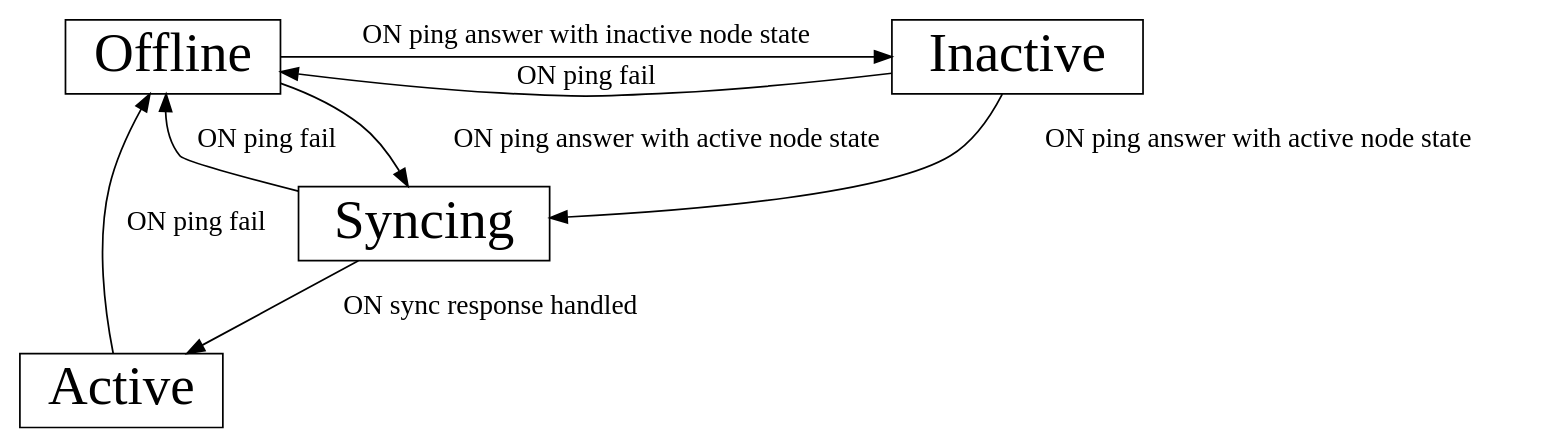
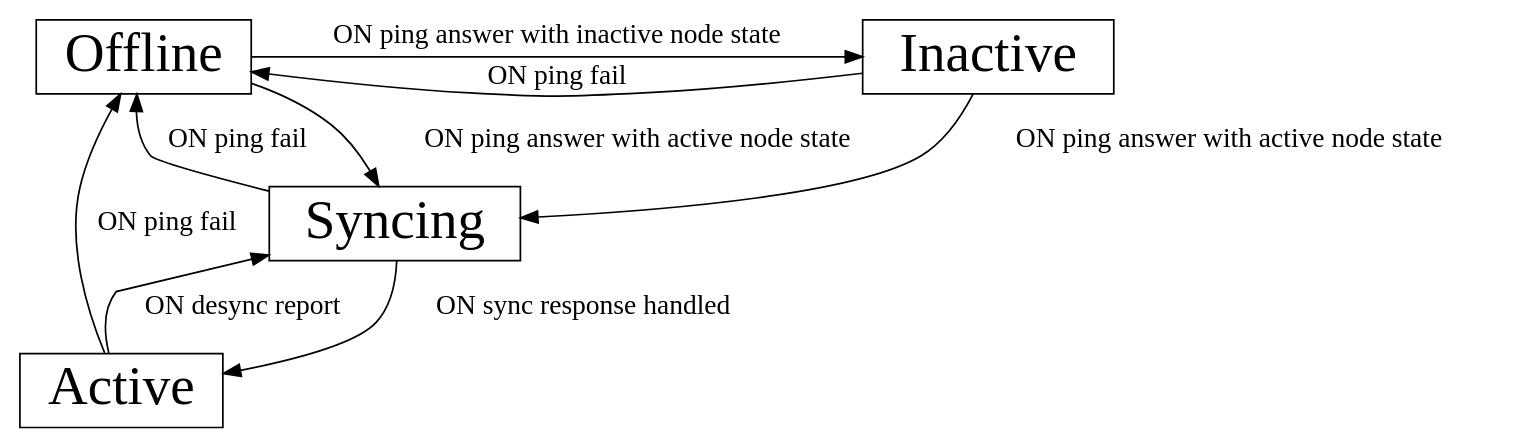
The diagram in doc/graphs/node_connection.dot (sig-net/mpc), drawn with Graphviz before and after one commit. The commit also changed 3 other files, not shown here.

First line of the commit message:
docs: record the active-to-syncing transition

```diff
--- a/doc/graphs/node_connection.dot
+++ b/doc/graphs/node_connection.dot
@@ -1,22 +1,23 @@
 // Node connectio status
 digraph {
     node [fontsize=32 shape=box]
     edge [fontsize=16]
 
     offline [label=Offline]
     inactive [label=Inactive]
     syncing [label=Syncing]
     active [label=Active]
 
 
     offline -> syncing [label="ON ping answer with active node state"]
     offline -> inactive [label="ON ping answer with inactive node state"]
     inactive -> syncing [label="ON ping answer with active node state"]
     syncing -> active [label="ON sync response handled"]
+    active -> syncing [label="ON desync report"]
 
     inactive -> offline [label="ON ping fail"]
     syncing -> offline [label="ON ping fail"]
     active -> offline [label="ON ping fail"]
 
     {rank=same; inactive; offline}
 }
```
